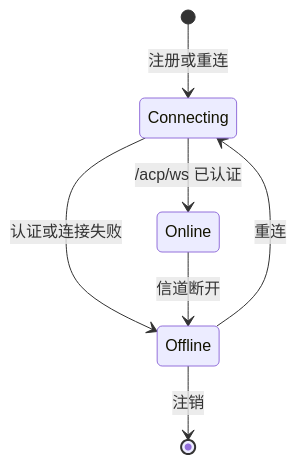
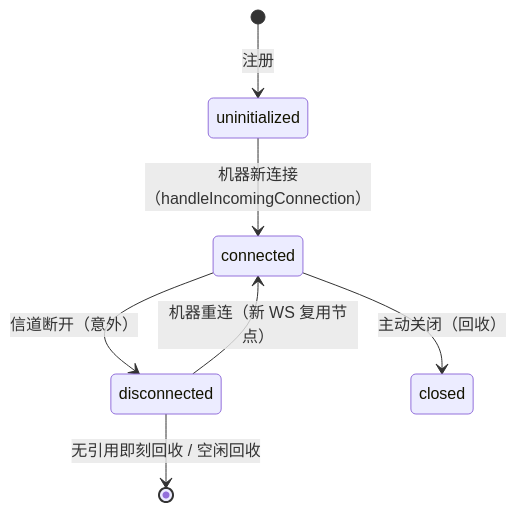
Before and after one commit to HuangPuStar/FenixAgent: the fifth of 5 diagrams in docs/arch/20-orchestration-management.md, drawn with Mermaid. The commit also changed other lines of this file and 1 other file, not shown here.

````diff
--- a/docs/arch/20-orchestration-management.md
+++ b/docs/arch/20-orchestration-management.md
@@ -217,9 +225,9 @@
 ```mermaid
 stateDiagram-v2
-    [*] --> Connecting : 注册或重连
-    Connecting --> Online : /acp/ws 已认证
-    Connecting --> Offline : 认证或连接失败
-    Online --> Offline : 信道断开
-    Offline --> Connecting : 重连
-    Offline --> [*] : 注销
+    [*] --> uninitialized : 注册
+    uninitialized --> connected : 机器新连接（handleIncomingConnection）
+    connected --> disconnected : 信道断开（意外）
+    disconnected --> [*] : 无引用即刻回收 / 空闲回收
+    disconnected --> connected : 机器重连（新 WS 复用节点）
+    connected --> closed : 主动关闭（回收）
 ```
````
